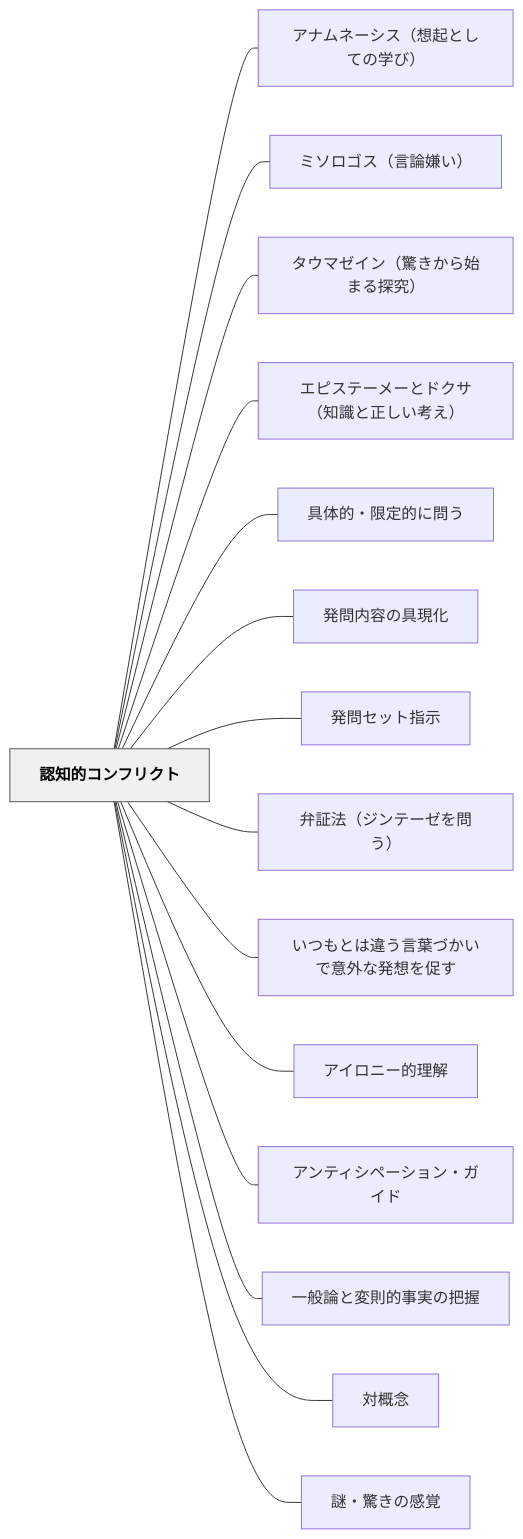
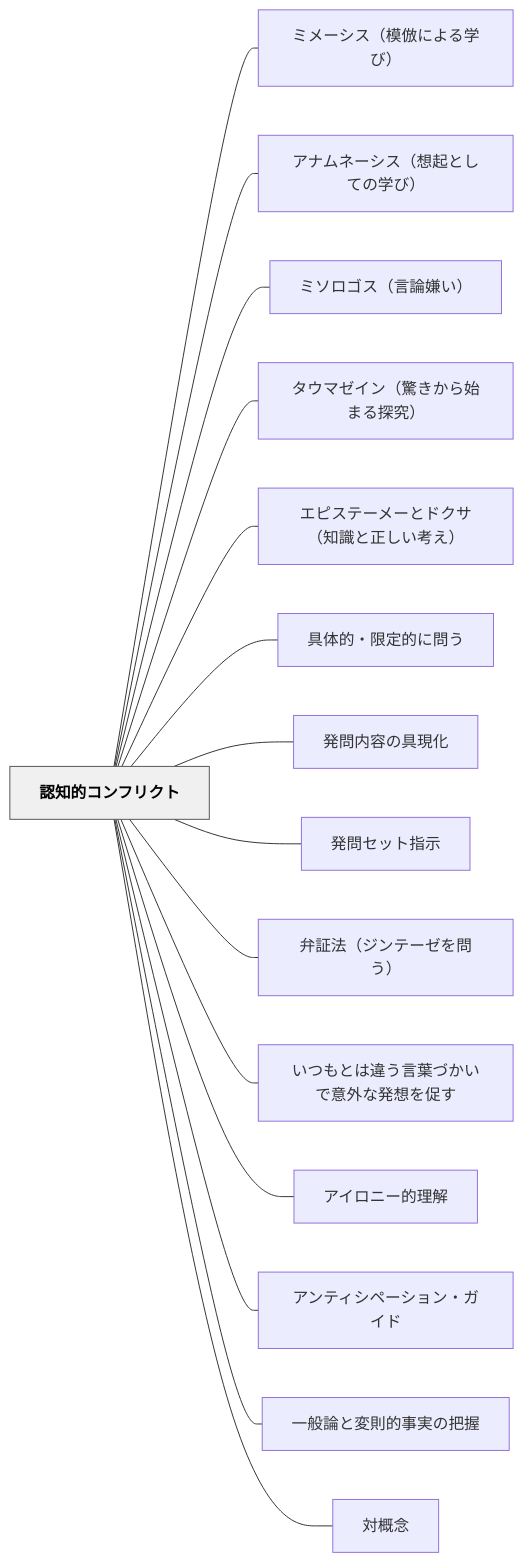
The diagram in content/パタン/認知的コンフリクト.md (unknownthings-ed-patterns/unknownthings-ed-patterns), drawn with Mermaid before and after one commit. The commit also changed other lines of this file and 13 other files, not shown here.

````diff
--- a/content/パタン/認知的コンフリクト.md
+++ b/content/パタン/認知的コンフリクト.md
@@ -82,36 +82,36 @@
 ```mermaid
 flowchart LR
     ne8aa8de79fa5e79a84e382b3e383b3e38395e383aae382afe38388["認知的コンフリクト"]
+    ne3839fe383a1e383bce382b7e382b9efbc88e6a8a1e580a3e381abe38288e3828be5ada6e381b3efbc89["ミメーシス（模倣による学び）"]
     ne382a2e3838ae383a0e3838de383bce382b7e382b9efbc88e683b3e8b5b7e381a8e38197e381a6e381aee5ada6e381b3efbc89["アナムネーシス（想起としての学び）"]
     ne3839fe382bde383ade382b4e382b9efbc88e8a880e8ab96e5ab8ce38184efbc89["ミソロゴス（言論嫌い）"]
     ne382bfe382a6e3839ee382bce382a4e383b3efbc88e9a99ae3818de3818be38289e5a78be381bee3828be68ea2e7a9b6efbc89["タウマゼイン（驚きから始まる探究）"]
     ne382a8e38394e382b9e38386e383bce383a1e383bce381a8e38389e382afe382b5efbc88e79fa5e8ad98e381a8e6ada3e38197e38184e88083e38188efbc89["エピステーメーとドクサ（知識と正しい考え）"]
     ne585b7e4bd93e79a84e383bbe99990e5ae9ae79a84e381abe5958fe38186["具体的・限定的に問う"]
     ne799bae5958fe58685e5aeb9e381aee585b7e78fbee58c96["発問内容の具現化"]
     ne799bae5958fe382bbe38383e38388e68c87e7a4ba["発問セット指示"]
     ne5bc81e8a8bce6b395efbc88e382b8e383b3e38386e383bce382bce38292e5958fe38186efbc89["弁証法（ジンテーゼを問う）"]
     ne38184e381a4e38282e381a8e381afe98195e38186e8a880e89189e381a5e3818be38184e381a7e6848fe5a496e381aae799bae683b3e38292e4bf83e38199["いつもとは違う言葉づかいで意外な発想を促す"]
     ne382a2e382a4e383ade3838be383bce79a84e79086e8a7a3["アイロニー的理解"]
     ne382a2e383b3e38386e382a3e382b7e3839ae383bce382b7e383a7e383b3e383bbe382ace382a4e38389["アンティシペーション・ガイド"]
     ne4b880e888ace8ab96e381a8e5a489e58987e79a84e4ba8be5ae9fe381aee68a8ae68fa1["一般論と変則的事実の把握"]
     ne5afbee6a682e5bfb5["対概念"]
-    ne8ac8ee383bbe9a99ae3818de381aee6849fe8a69a["謎・驚きの感覚"]
 
+    ne8aa8de79fa5e79a84e382b3e383b3e38395e383aae382afe38388 --- ne3839fe383a1e383bce382b7e382b9efbc88e6a8a1e580a3e381abe38288e3828be5ada6e381b3efbc89
     ne8aa8de79fa5e79a84e382b3e383b3e38395e383aae382afe38388 --- ne382a2e3838ae383a0e3838de383bce382b7e382b9efbc88e683b3e8b5b7e381a8e38197e381a6e381aee5ada6e381b3efbc89
     ne8aa8de79fa5e79a84e382b3e383b3e38395e383aae382afe38388 --- ne3839fe382bde383ade382b4e382b9efbc88e8a880e8ab96e5ab8ce38184efbc89
     ne8aa8de79fa5e79a84e382b3e383b3e38395e383aae382afe38388 --- ne382bfe382a6e3839ee382bce382a4e383b3efbc88e9a99ae3818de3818be38289e5a78be381bee3828be68ea2e7a9b6efbc89
     ne8aa8de79fa5e79a84e382b3e383b3e38395e383aae382afe38388 --- ne382a8e38394e382b9e38386e383bce383a1e383bce381a8e38389e382afe382b5efbc88e79fa5e8ad98e381a8e6ada3e38197e38184e88083e38188efbc89
     ne8aa8de79fa5e79a84e382b3e383b3e38395e383aae382afe38388 --- ne585b7e4bd93e79a84e383bbe99990e5ae9ae79a84e381abe5958fe38186
     ne8aa8de79fa5e79a84e382b3e383b3e38395e383aae382afe38388 --- ne799bae5958fe58685e5aeb9e381aee585b7e78fbee58c96
     ne8aa8de79fa5e79a84e382b3e383b3e38395e383aae382afe38388 --- ne799bae5958fe382bbe38383e38388e68c87e7a4ba
     ne8aa8de79fa5e79a84e382b3e383b3e38395e383aae382afe38388 --- ne5bc81e8a8bce6b395efbc88e382b8e383b3e38386e383bce382bce38292e5958fe38186efbc89
     ne8aa8de79fa5e79a84e382b3e383b3e38395e383aae382afe38388 --- ne38184e381a4e38282e381a8e381afe98195e38186e8a880e89189e381a5e3818be38184e381a7e6848fe5a496e381aae799bae683b3e38292e4bf83e38199
     ne8aa8de79fa5e79a84e382b3e383b3e38395e383aae382afe38388 --- ne382a2e382a4e383ade3838be383bce79a84e79086e8a7a3
     ne8aa8de79fa5e79a84e382b3e383b3e38395e383aae382afe38388 --- ne382a2e383b3e38386e382a3e382b7e3839ae383bce382b7e383a7e383b3e383bbe382ace382a4e38389
     ne8aa8de79fa5e79a84e382b3e383b3e38395e383aae382afe38388 --- ne4b880e888ace8ab96e381a8e5a489e58987e79a84e4ba8be5ae9fe381aee68a8ae68fa1
     ne8aa8de79fa5e79a84e382b3e383b3e38395e383aae382afe38388 --- ne5afbee6a682e5bfb5
-    ne8aa8de79fa5e79a84e382b3e383b3e38395e383aae382afe38388 --- ne8ac8ee383bbe9a99ae3818de381aee6849fe8a69a
 
     classDef hub fill:#f0f0f0,stroke:#555,color:#000,font-weight:bold
     class ne8aa8de79fa5e79a84e382b3e383b3e38395e383aae382afe38388 hub
 ```
````
